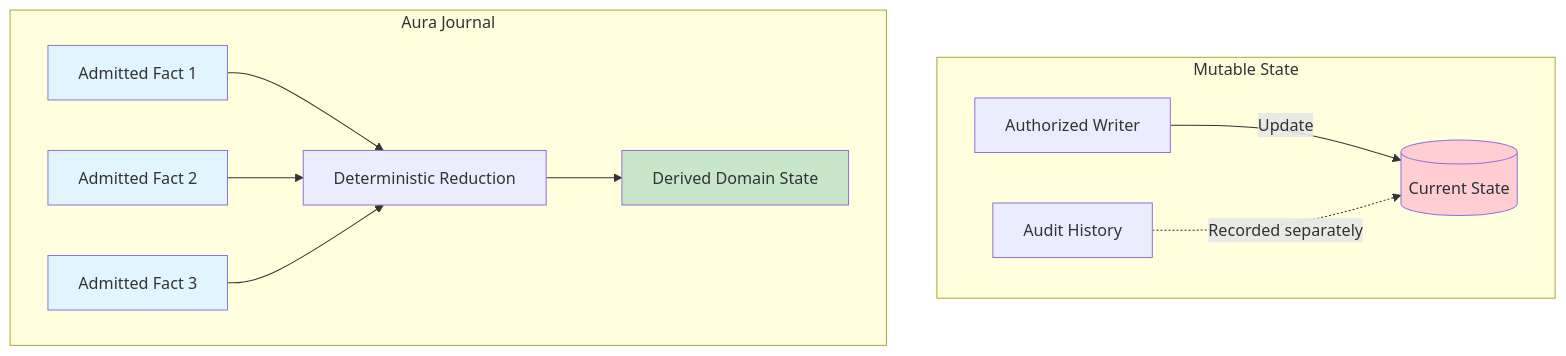
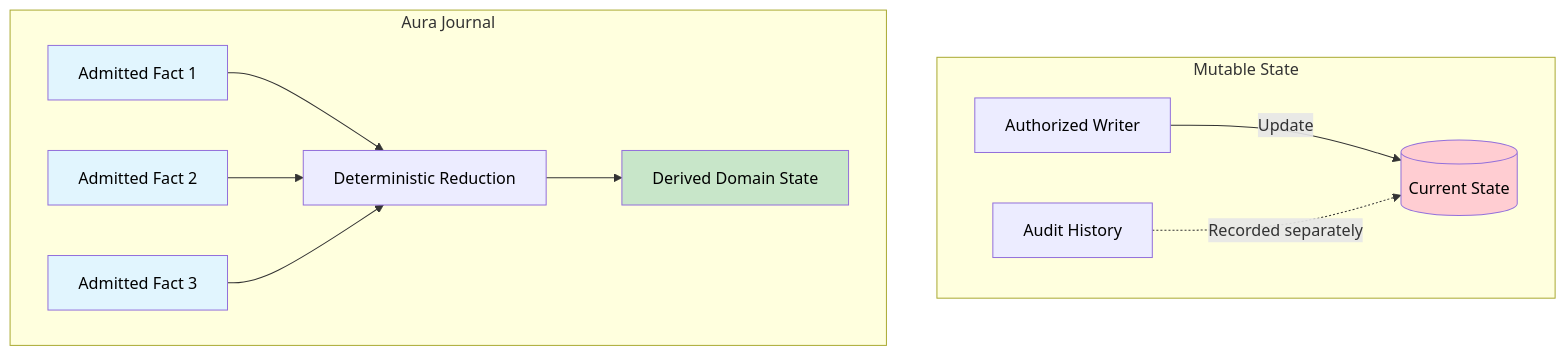
One commit to hxrts/weboftru.st changed the third of 10 diagrams in content/post/03-shape-of-authority.md. Above: the diagram before and after it, drawn with Mermaid. The commit also changed other lines of this file and 6 other files, not shown here.

Commit message:
Fix repeated diagrams and align diagram theme colors

````diff
--- a/content/post/03-shape-of-authority.md
+++ b/content/post/03-shape-of-authority.md
@@ -71,21 +73,22 @@
 ```mermaid
 graph TD
+    classDef default color:#000
     subgraph "Mutable State"
         DB[(Current State)]
         W[Authorized Writer] -->|Update| DB
         Log[Audit History] -.->|Recorded separately| DB
     end
 
     subgraph "Aura Journal"
         J1[Admitted Fact 1] --> R[Deterministic Reduction]
         J2[Admitted Fact 2] --> R
         J3[Admitted Fact 3] --> R
         R --> S[Derived Domain State]
     end
 
-    style DB fill:#ffcdd2,color:#263238
+    style DB fill:#ffcdd2,color:#000
     style J1 fill:#e1f5fe
     style J2 fill:#e1f5fe
     style J3 fill:#e1f5fe
     style S fill:#c8e6c9
 ```
````
